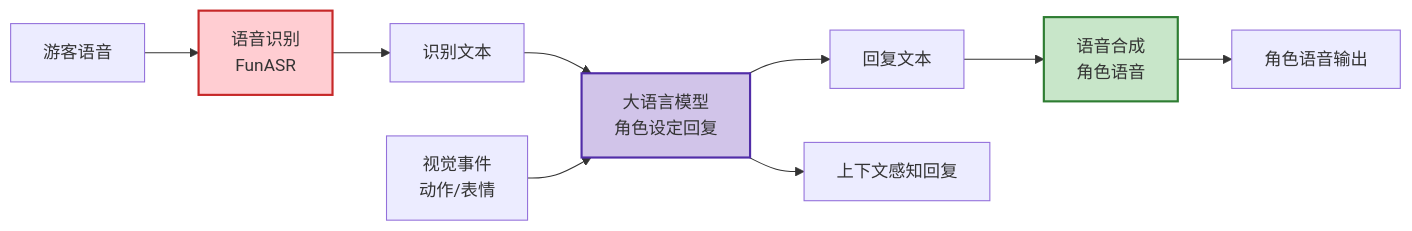
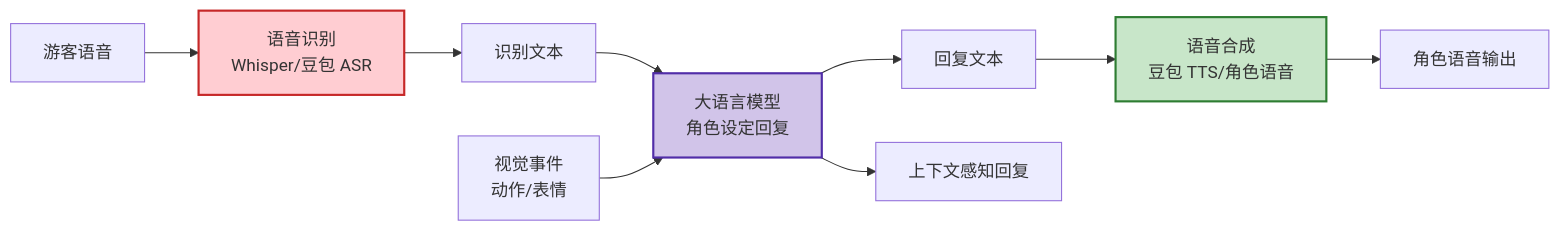
Before and after one commit to wanone111/ciciec_ascend: the seventh of 10 diagrams in docs/智能视觉交互系统报告.md, drawn with Mermaid. The commit also changed other lines of this file and 2 other files, not shown here.

````diff
--- a/docs/智能视觉交互系统报告.md
+++ b/docs/智能视觉交互系统报告.md
@@ -436,20 +436,20 @@
 ```mermaid
 flowchart LR
-    User[游客语音] --> ASR[语音识别<br>FunASR]
+    User[游客语音] --> ASR[语音识别<br>Whisper/豆包 ASR]
     ASR --> Text[识别文本]
     Text --> LLM[大语言模型<br>角色设定回复]
     LLM --> ResponseText[回复文本]
-    ResponseText --> TTS[语音合成<br>角色语音]
+    ResponseText --> TTS[语音合成<br>豆包 TTS/角色语音]
     TTS --> Audio[角色语音输出]
     
     VisualEvent[视觉事件<br>动作/表情] --> LLM
     LLM --> ContextAware[上下文感知回复]
     
     classDef asr fill:#ffcdd2,stroke:#c62828,stroke-width:2px;
     classDef llm fill:#d1c4e9,stroke:#512da8,stroke-width:2px;
     classDef tts fill:#c8e6c9,stroke:#2e7d32,stroke-width:2px;
     
     class ASR asr;
     class LLM llm;
     class TTS tts;
 ```
````
